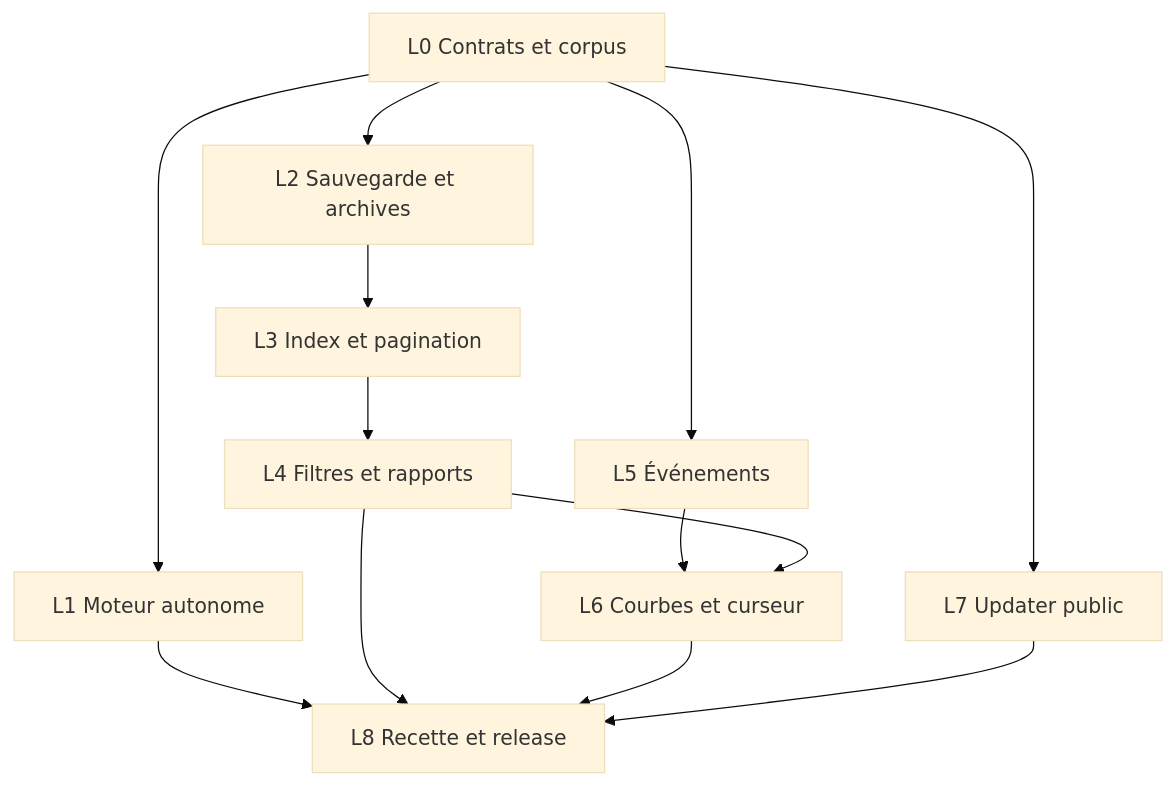
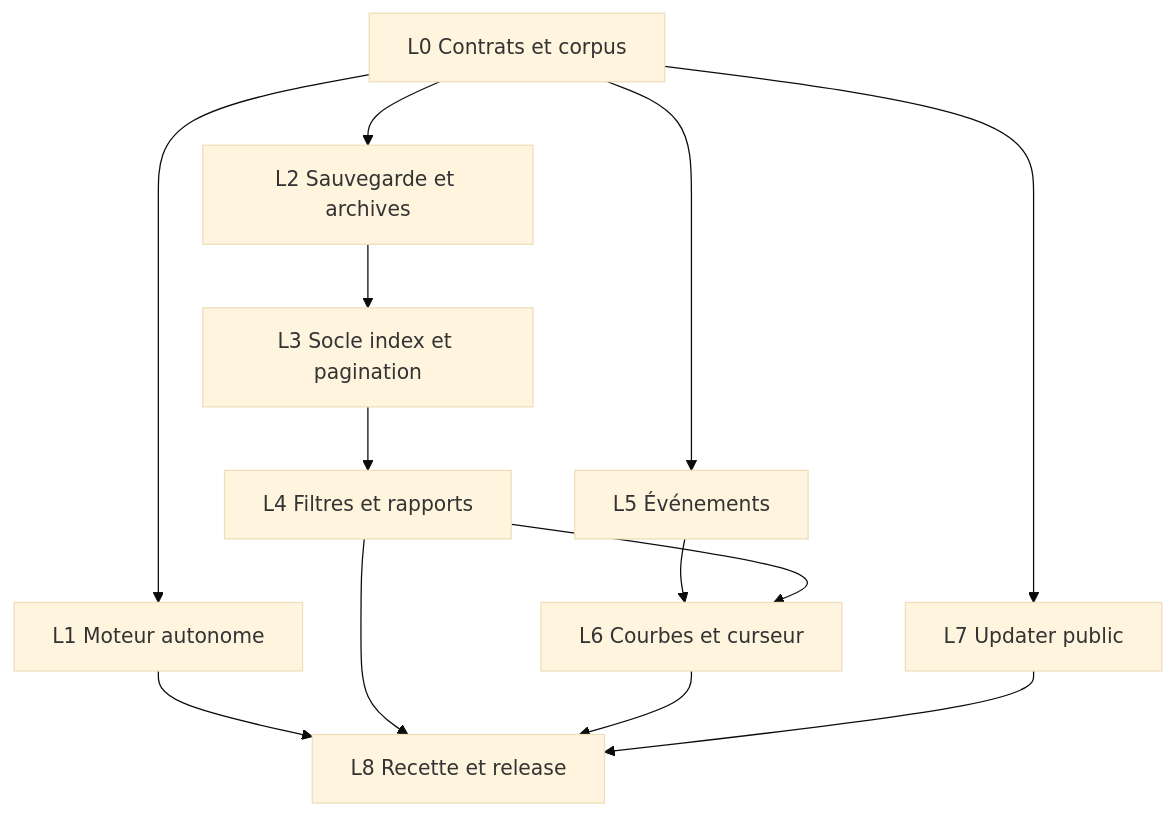
Before and after one commit to mehdi7129/KataLog: the diagram in docs/PLAN-0.6.0.md, drawn with Mermaid (base theme). The commit also changed other lines of this file and 156 other files, not shown here.

````diff
--- a/docs/PLAN-0.6.0.md
+++ b/docs/PLAN-0.6.0.md
@@ -394,15 +487,15 @@
 ```mermaid
 flowchart TD
     A[L0 Contrats et corpus] --> B[L1 Moteur autonome]
     A --> C[L2 Sauvegarde et archives]
-    C --> D[L3 Index et pagination]
+    C --> D[L3 Socle index et pagination]
     D --> E[L4 Filtres et rapports]
     A --> F[L5 Événements]
     F --> G[L6 Courbes et curseur]
     E --> G
     A --> H[L7 Updater public]
     B --> I[L8 Recette et release]
     E --> I
     G --> I
     H --> I
 ```
````
